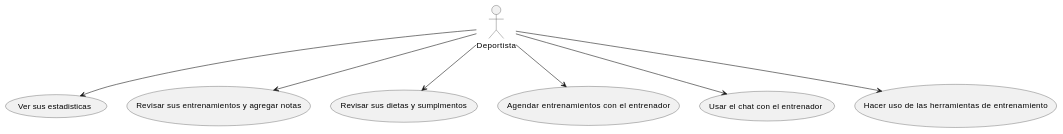
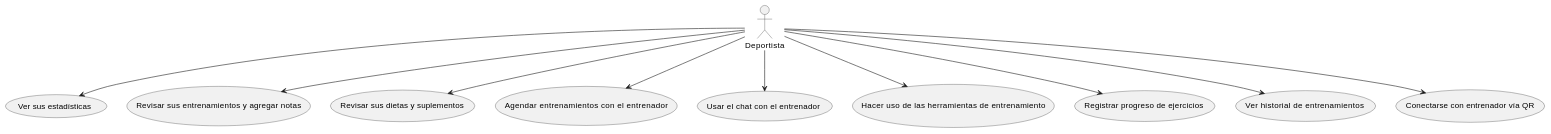
Before and after one commit to GasparKral/Fit-me: the third of 8 diagrams in Writerside/topics/topics/Diagramas-UML.md, drawn with PlantUML. The commit also changed other lines of this file and 54 other files, not shown here.

```diff
--- a/Writerside/topics/topics/Diagramas-UML.md
+++ b/Writerside/topics/topics/Diagramas-UML.md
@@ -70,12 +83,15 @@
     @startuml
         
         :Deportista: as d
         
-        d --> (Ver sus estadisticas)
+        d --> (Ver sus estadísticas)
         d --> (Revisar sus entrenamientos y agregar notas)
-        d --> (Revisar sus dietas y sumplmentos)
+        d --> (Revisar sus dietas y suplementos)
         d --> (Agendar entrenamientos con el entrenador)
         d --> (Usar el chat con el entrenador)
         d --> (Hacer uso de las herramientas de entrenamiento)
+        d --> (Registrar progreso de ejercicios)
+        d --> (Ver historial de entrenamientos)
+        d --> (Conectarse con entrenador vía QR)
 
     @enduml
```
